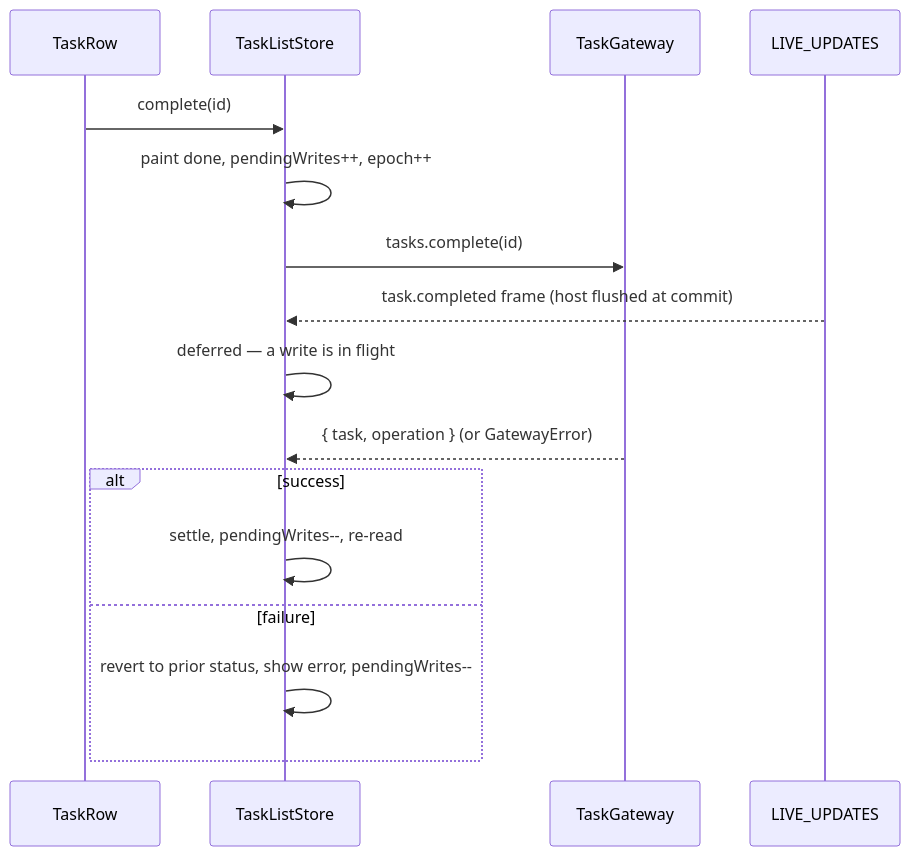
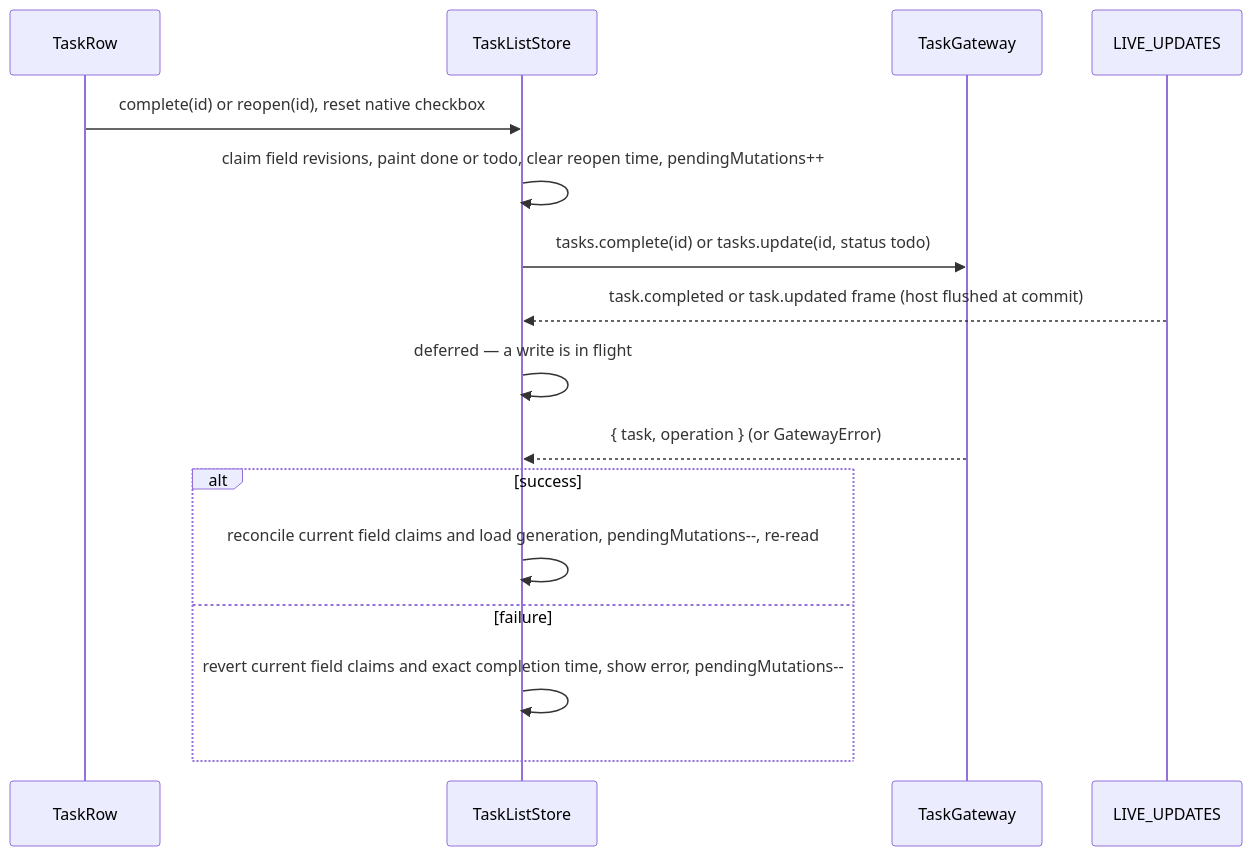
One commit to CalciteDragon/Canvas-work-manager-prototype changed the second of 2 diagrams in docs/architecture/web/tasks/what.md. Above: the diagram before and after it, drawn with Mermaid. The commit also changed other lines of this file and 50 other files, not shown here.

Commit message:
feat(slice-61): reopen task checkboxes and select drawer editing (§34, §63)

````diff
--- a/docs/architecture/web/tasks/what.md
+++ b/docs/architecture/web/tasks/what.md
@@ -28,18 +28,18 @@
 ```mermaid
 sequenceDiagram
   participant R as TaskRow
   participant S as TaskListStore
   participant G as TaskGateway
   participant L as LIVE_UPDATES
-  R->>S: complete(id)
-  S->>S: paint done, pendingWrites++, epoch++
-  S->>G: tasks.complete(id)
-  L-->>S: task.completed frame (host flushed at commit)
+  R->>S: complete(id) or reopen(id), reset native checkbox
+  S->>S: claim field revisions, paint done or todo, clear reopen time, pendingMutations++
+  S->>G: tasks.complete(id) or tasks.update(id, status todo)
+  L-->>S: task.completed or task.updated frame (host flushed at commit)
   S->>S: deferred — a write is in flight
   G-->>S: { task, operation } (or GatewayError)
   alt success
-    S->>S: settle, pendingWrites--, re-read
+    S->>S: reconcile current field claims and load generation, pendingMutations--, re-read
   else failure
-    S->>S: revert to prior status, show error, pendingWrites--
+    S->>S: revert current field claims and exact completion time, show error, pendingMutations--
   end
 ```
````
